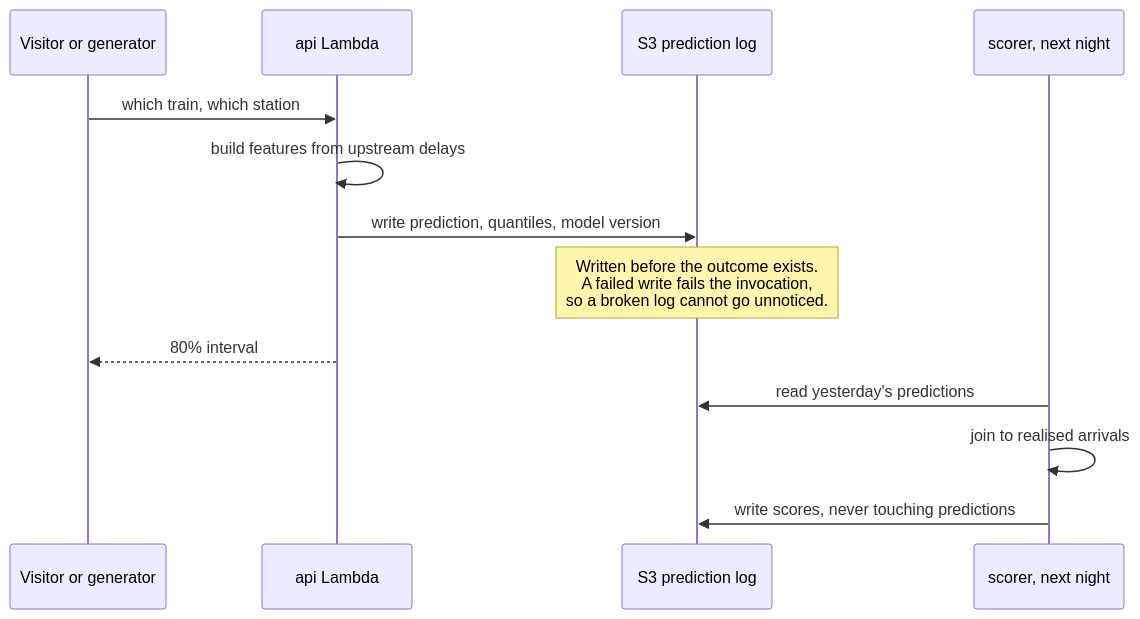
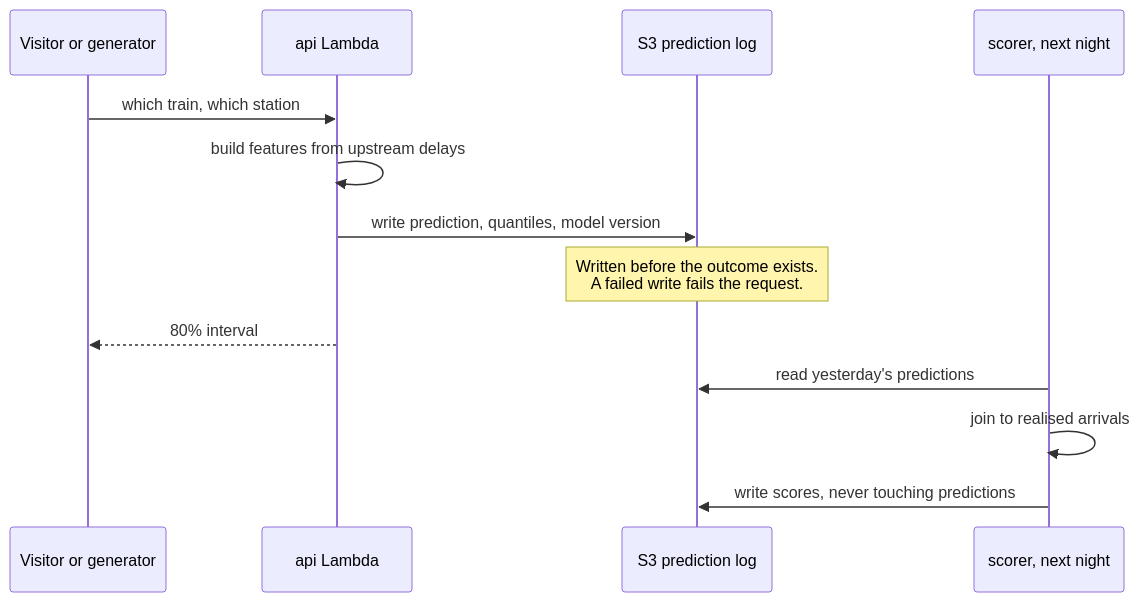
One commit to XxAG17xX/irish-rail-delay-predictor changed the second of 2 diagrams in README.md. Above: the diagram before and after it, drawn with Mermaid. The commit also changed other lines of this file and 7 other files, not shown here.

````diff
--- a/README.md
+++ b/README.md
@@ -127,16 +112,16 @@
 ```mermaid
 sequenceDiagram
     participant V as Visitor or generator
     participant A as api Lambda
     participant L as S3 prediction log
     participant N as scorer, next night
 
     V->>A: which train, which station
     A->>A: build features from upstream delays
     A->>L: write prediction, quantiles, model version
-    Note over L: Written before the outcome exists.<br/>A failed write fails the invocation,<br/>so a broken log cannot go unnoticed.
+    Note over L: Written before the outcome exists.<br/>A failed write fails the request.
     A-->>V: 80% interval
     N->>L: read yesterday's predictions
     N->>N: join to realised arrivals
     N->>L: write scores, never touching predictions
 ```
````
